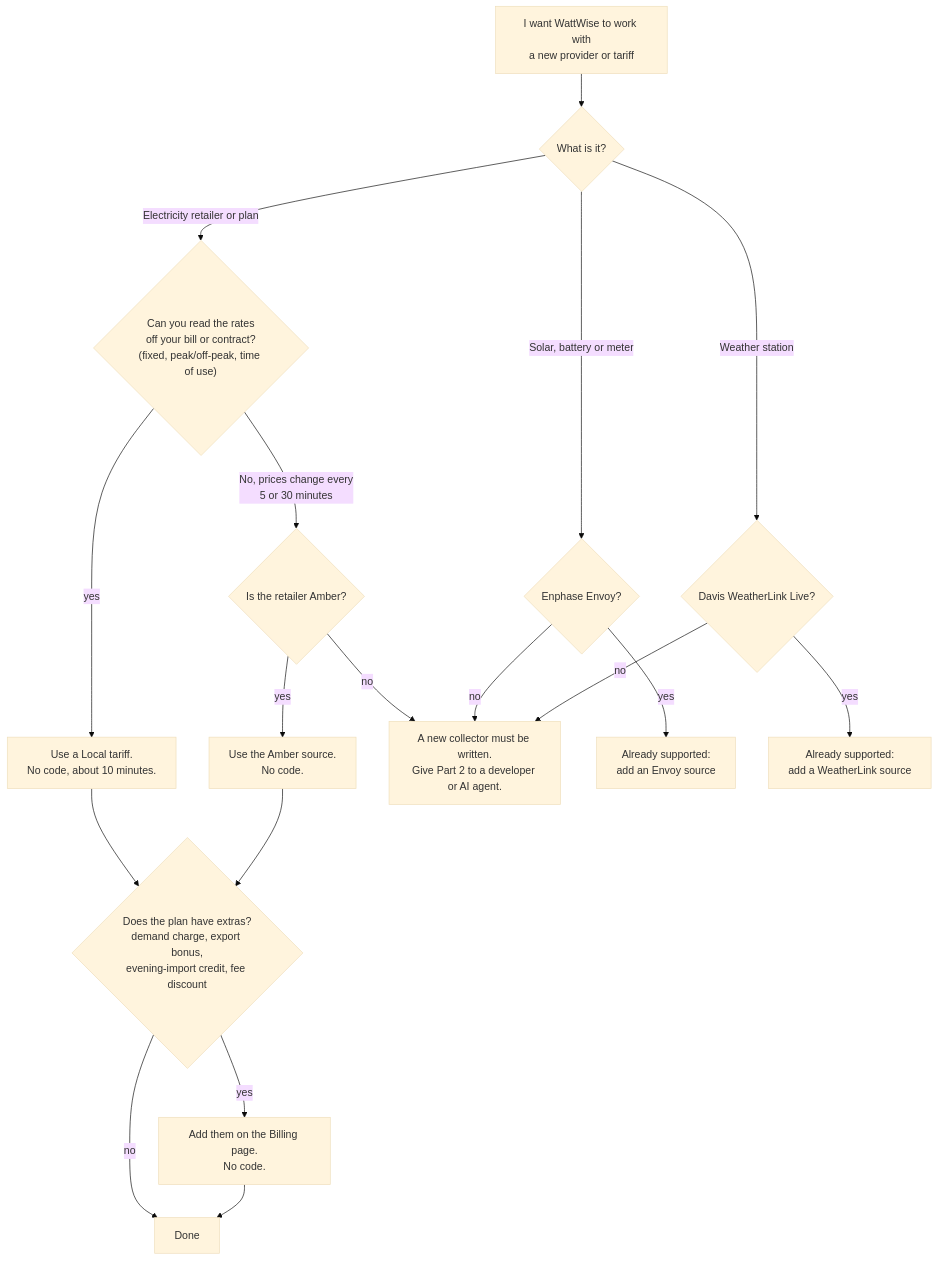
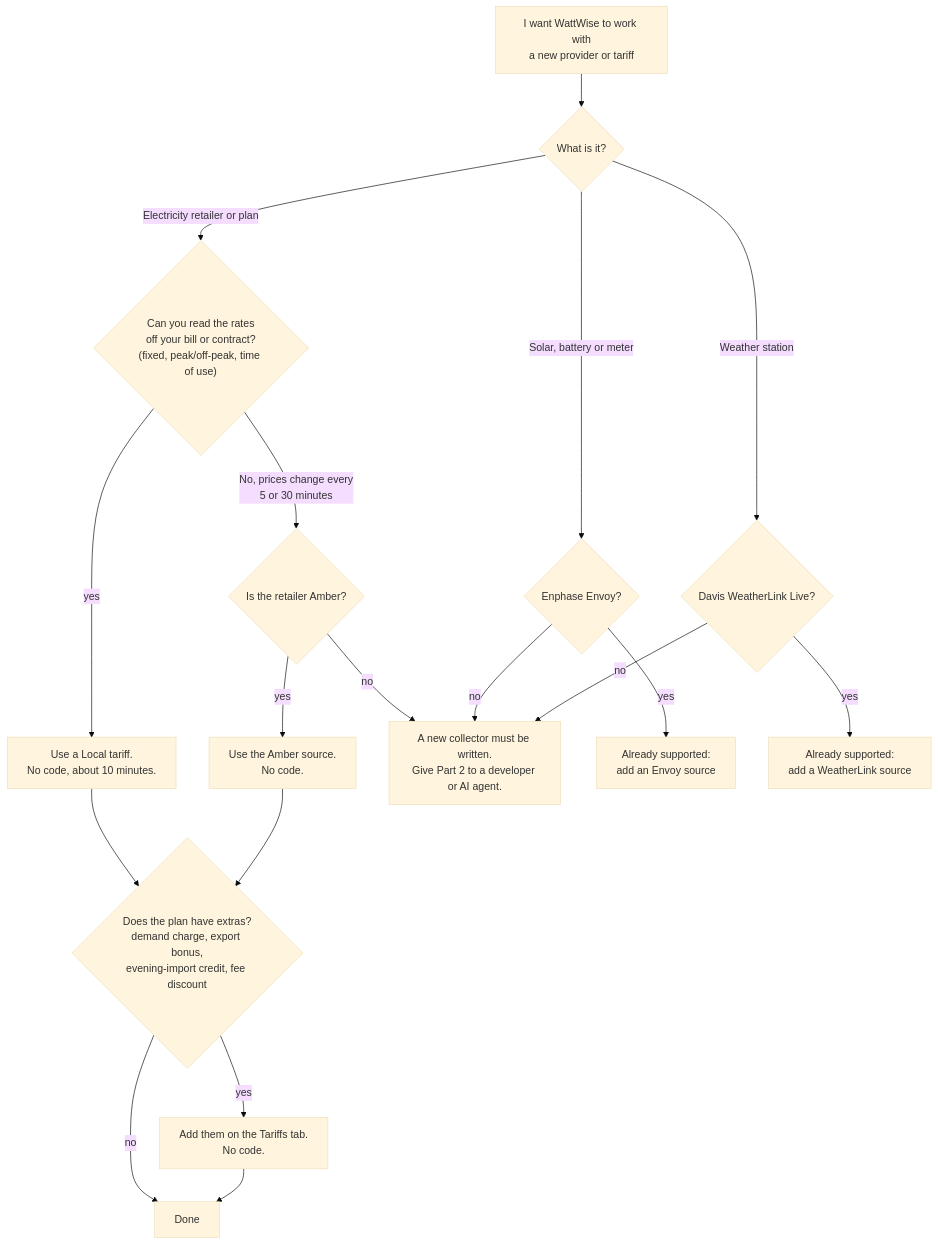
The first of 2 diagrams in docs/adding-a-provider.md (sschwetz/wattwise), drawn with Mermaid (base theme) before and after one commit. The commit also changed other lines of this file and 12 other files, not shown here.

````diff
--- a/docs/adding-a-provider.md
+++ b/docs/adding-a-provider.md
@@ -9,23 +9,23 @@
 ```mermaid
 flowchart TD
     A["I want WattWise to work with<br/>a new provider or tariff"] --> B{"What is it?"}
     B -- "Electricity retailer or plan" --> C{"Can you read the rates<br/>off your bill or contract?<br/>(fixed, peak/off-peak, time of use)"}
     B -- "Solar, battery or meter" --> Q{"Enphase Envoy?"}
     B -- "Weather station" --> W{"Davis WeatherLink Live?"}
 
     C -- yes --> L["Use a Local tariff.<br/>No code, about 10 minutes."]
     C -- "No, prices change every<br/>5 or 30 minutes" --> D{"Is the retailer Amber?"}
     D -- yes --> AM["Use the Amber source.<br/>No code."]
     D -- no --> DEV["A new collector must be written.<br/>Give Part 2 to a developer or AI agent."]
 
     Q -- yes --> E["Already supported:<br/>add an Envoy source"]
     Q -- no --> DEV
     W -- yes --> WL["Already supported:<br/>add a WeatherLink source"]
     W -- no --> DEV
 
     L --> X{"Does the plan have extras?<br/>demand charge, export bonus,<br/>evening-import credit, fee discount"}
     AM --> X
-    X -- yes --> BILL["Add them on the Billing page.<br/>No code."]
+    X -- yes --> BILL["Add them on the Tariffs tab.<br/>No code."]
     X -- no --> DONE["Done"]
     BILL --> DONE
 ```
````
